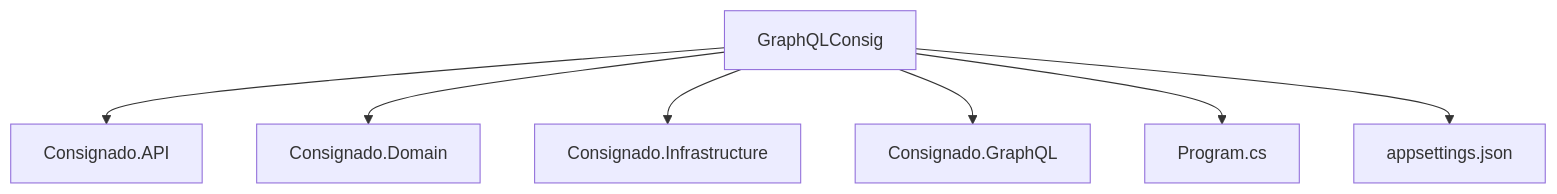
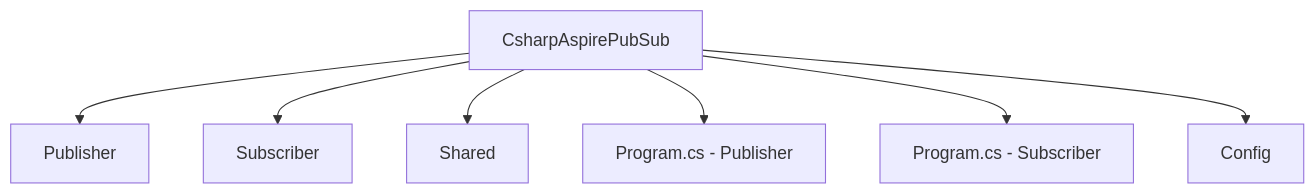
The first of 2 diagrams in README.md (thiagodsantana/GraphQLConsig), drawn with Mermaid before and after one commit. The commit also changed other lines of this file, not shown here.

`````diff
--- a/README.md
+++ b/README.md
@@ -31,17 +30,17 @@
 ```mermaid
 graph TD
-    A[GraphQLConsig]
-    B[Consignado.API]
-    C[Consignado.Domain]
-    D[Consignado.Infrastructure]
-    E[Consignado.GraphQL]
-    F[Program.cs]
-    G[appsettings.json]
+    A[CsharpAspirePubSub]
+    B[Publisher]
+    C[Subscriber]
+    D[Shared]
+    E[Program.cs - Publisher]
+    F[Program.cs - Subscriber]
+    G[Config]
 
     A --> B
     A --> C
     A --> D
     A --> E
     A --> F
     A --> G
 ````
`````
